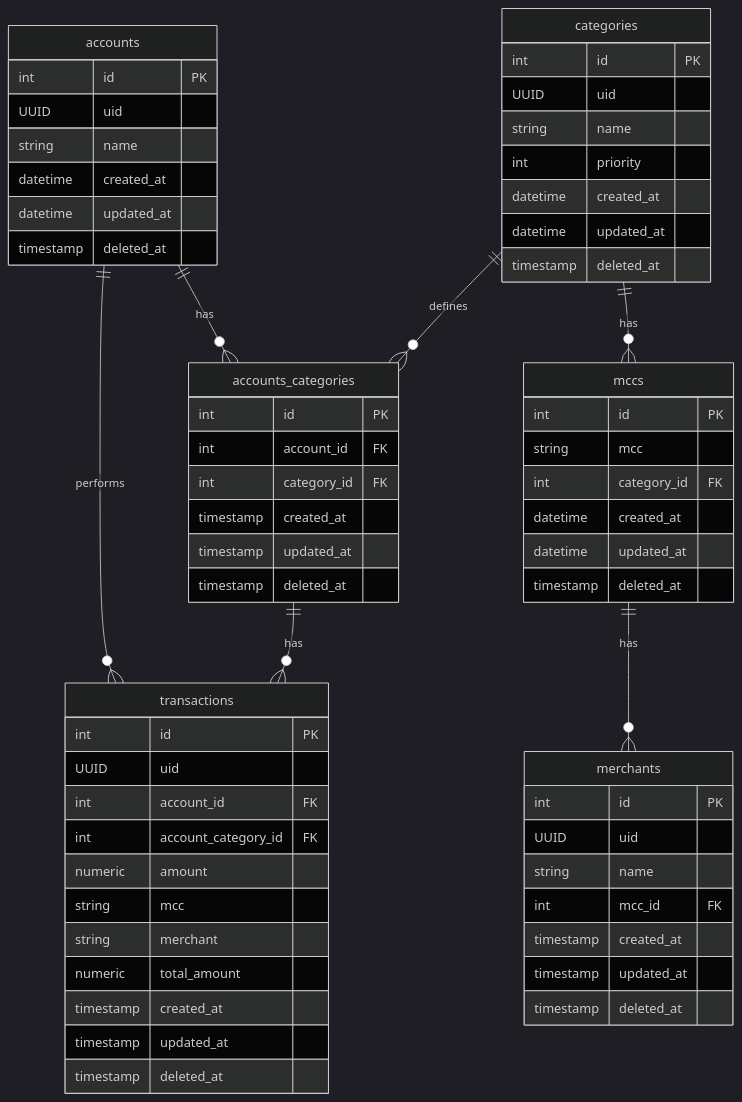
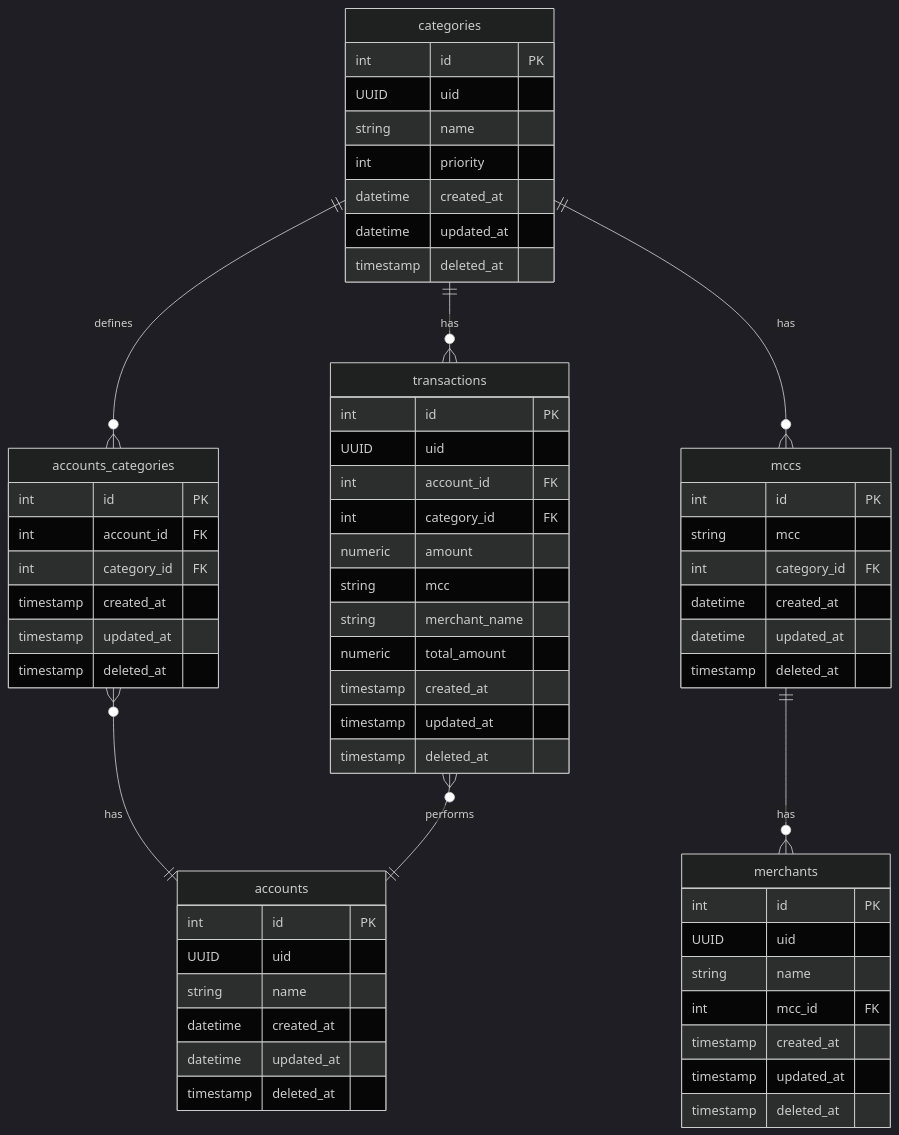
One commit to marciovmartins/jtonynet-go-payments-api changed the second of 3 diagrams in README.md. Above: the diagram before and after it, drawn with Mermaid (dark theme). The commit also changed other lines of this file, not shown here.

Commit message:
feat(docs): ER atualizado com proposta de banco por eventos

````diff
--- a/README.md
+++ b/README.md
@@ -492,73 +492,77 @@
 ```mermaid
 erDiagram
-    accounts {
-        int id PK
-        UUID uid
-        string name
-        datetime created_at
-        datetime updated_at
-        timestamp deleted_at
-    }
 
     accounts_categories {
         int id PK
         int account_id FK
         int category_id FK
         timestamp created_at
         timestamp updated_at
         timestamp deleted_at
     }
 
-    transactions {
-        int id PK
-        UUID uid
-        int account_id FK
-        int account_category_id FK
-        numeric amount
-        string mcc
-        string merchant
-        numeric total_amount
-        timestamp created_at
-        timestamp updated_at
-        timestamp deleted_at
-    }
-    
+
     merchants {
         int id PK
         UUID uid
         string name
         int mcc_id FK
         timestamp created_at
         timestamp updated_at
         timestamp deleted_at
     }
 
+    transactions {
+        int id PK
+        UUID uid
+        int account_id FK
+        int category_id FK
+        numeric amount
+        string mcc
+        string merchant_name
+        numeric total_amount
+        timestamp created_at
+        timestamp updated_at
+        timestamp deleted_at
+    }
+
+
    mccs {
         int id PK
         string mcc
         int category_id FK
         datetime created_at
         datetime updated_at
         timestamp deleted_at
     }
+
 
     categories {
         int id PK
         UUID uid
         string name
         int priority
         datetime created_at
         datetime updated_at
         timestamp deleted_at
     }
+    
+    accounts {
+        int id PK
+        UUID uid
+        string name
+        datetime created_at
+        datetime updated_at
+        timestamp deleted_at
+    }
 
+    categories ||--o{ transactions : has
+    categories ||--o{ mccs : has
     categories ||--o{ accounts_categories : defines
-    accounts ||--o{ transactions : performs
-    categories ||--o{ mccs : has
-    accounts ||--o{ accounts_categories : has
     mccs ||--o{ merchants : has
-    accounts_categories ||--o{ transactions : has
-    
 
-    
+
+    accounts_categories }o--|| accounts : has
+    transactions }o--|| accounts : performs
+
 ```
````
